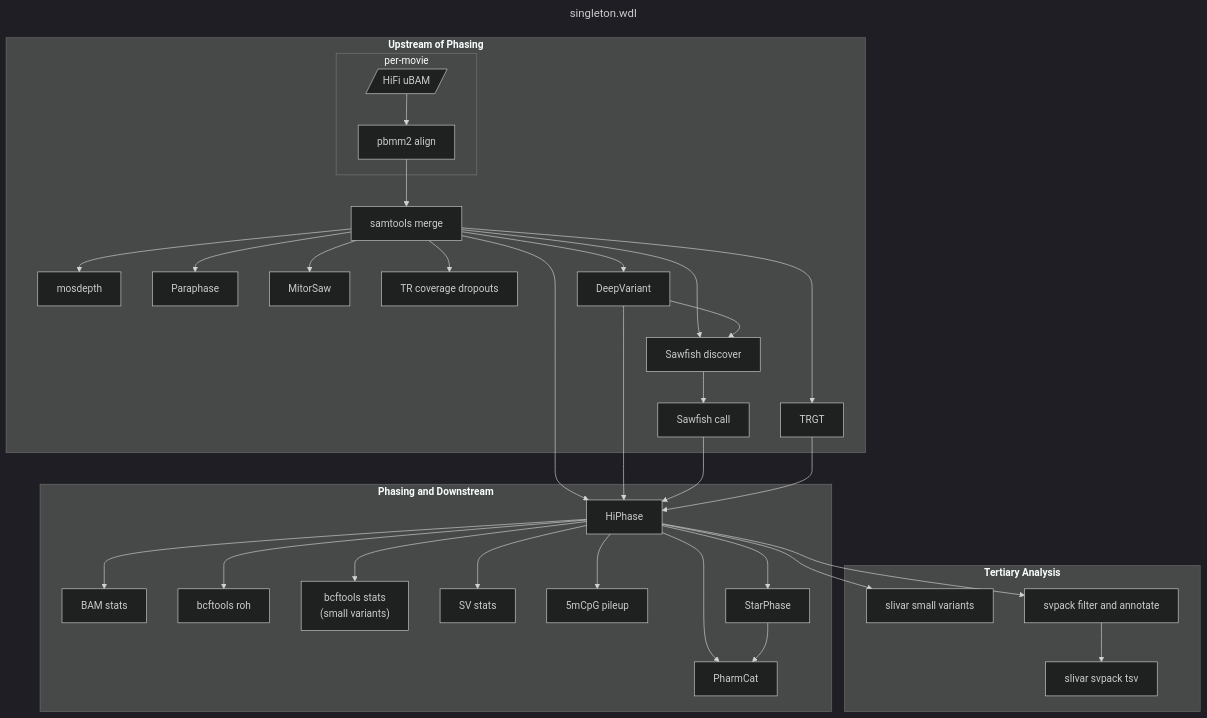
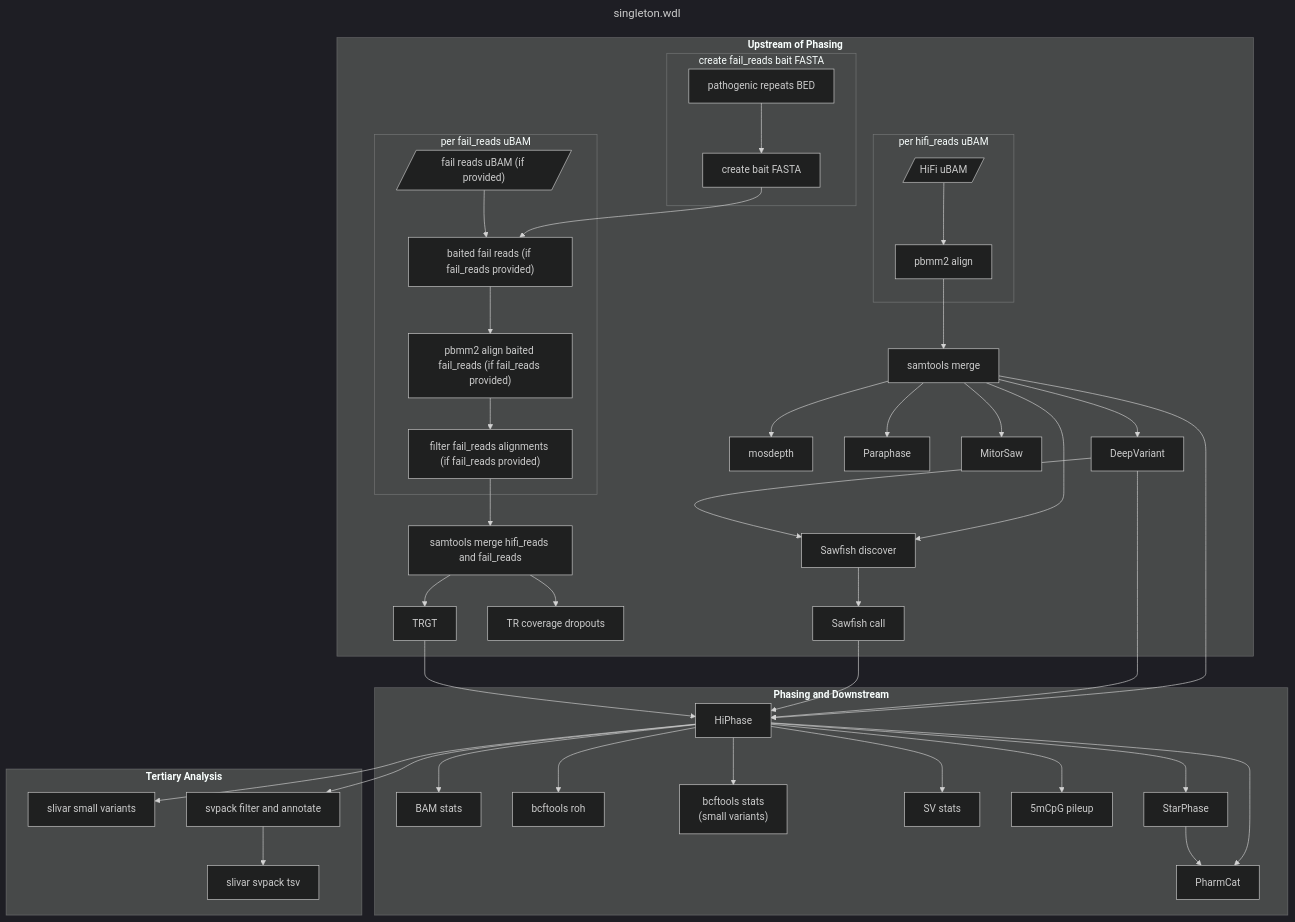
Before and after one commit to PacificBiosciences/HiFi-human-WGS-WDL: the diagram in docs/singleton.md, drawn with Mermaid (dark theme).

Commit message:
docs: Update singleton DAG with fail_reads.

````diff
--- a/docs/singleton.md
+++ b/docs/singleton.md
@@ -19,63 +19,76 @@
 ```mermaid
 ---
 title: singleton.wdl
 ---
 flowchart TD
   subgraph "`**Upstream of Phasing**`"
-    subgraph "per-movie"
+    subgraph "create fail_reads bait FASTA"
+      pathogenic_repeats_bed["pathogenic repeats BED"]
+      bait_fasta["create bait FASTA"]
+    end
+    subgraph "per hifi_reads uBAM"
       ubam[/"HiFi uBAM"/]
       pbmm2_align["pbmm2 align"]
     end
+    subgraph "per fail_reads uBAM"
+      fail_ubam[/"fail reads uBAM (if provided)"/]
+      bait_fail_reads["baited fail reads (if fail_reads provided)"]
+      pbmm2_align_fail_reads["pbmm2 align baited fail_reads (if fail_reads provided)"]
+      filter_fail_reads["filter fail_reads alignments (if fail_reads provided)"]
+    end
     samtools_merge["samtools merge"]
+    samtools_merge_fail_reads["samtools merge hifi_reads and fail_reads"]
     mosdepth["mosdepth"]
     paraphase["Paraphase"]
     mitorsaw["MitorSaw"]
     trgt["TRGT"]
     trgt_dropouts["TR coverage dropouts"]
     deepvariant["DeepVariant"]
     sawfish_discover["Sawfish discover"]
     sawfish_call["Sawfish call"]
   end
   subgraph "`**Phasing and Downstream**`"
     hiphase["HiPhase"]
     bam_stats["BAM stats"]
     bcftools_roh["bcftools roh"]
     bcftools_stats["bcftools stats\n(small variants)"]
     sv_stats["SV stats"]
     cpg_pileup["5mCpG pileup"]
     starphase["StarPhase"]
     pharmcat["PharmCat"]
   end
   subgraph "`**Tertiary Analysis**`"
     slivar_small_variants["slivar small variants"]
     svpack["svpack filter and annotate"]
     slivar_svpack["slivar svpack tsv"]
   end
 
+  pathogenic_repeats_bed --> bait_fasta --> bait_fail_reads
+  fail_ubam --> bait_fail_reads --> pbmm2_align_fail_reads --> filter_fail_reads --> samtools_merge_fail_reads
   ubam --> pbmm2_align --> samtools_merge
   samtools_merge --> mosdepth
   samtools_merge --> paraphase
   samtools_merge --> mitorsaw
-  samtools_merge --> trgt
-  samtools_merge --> trgt_dropouts
+  samtools_merge_fail_reads --> trgt
+  samtools_merge_fail_reads --> trgt_dropouts
   samtools_merge --> deepvariant
   samtools_merge --> sawfish_discover
   samtools_merge --> hiphase
   deepvariant --> sawfish_discover
   deepvariant --> hiphase
   sawfish_discover --> sawfish_call --> hiphase
   trgt --> hiphase
 
   hiphase --> bam_stats
   hiphase --> bcftools_roh
   hiphase --> bcftools_stats
   hiphase --> sv_stats
   hiphase --> cpg_pileup
   hiphase --> starphase
   hiphase --> pharmcat
   starphase --> pharmcat
 
   hiphase --> slivar_small_variants
   hiphase --> svpack
   svpack --> slivar_svpack
 ```
````
